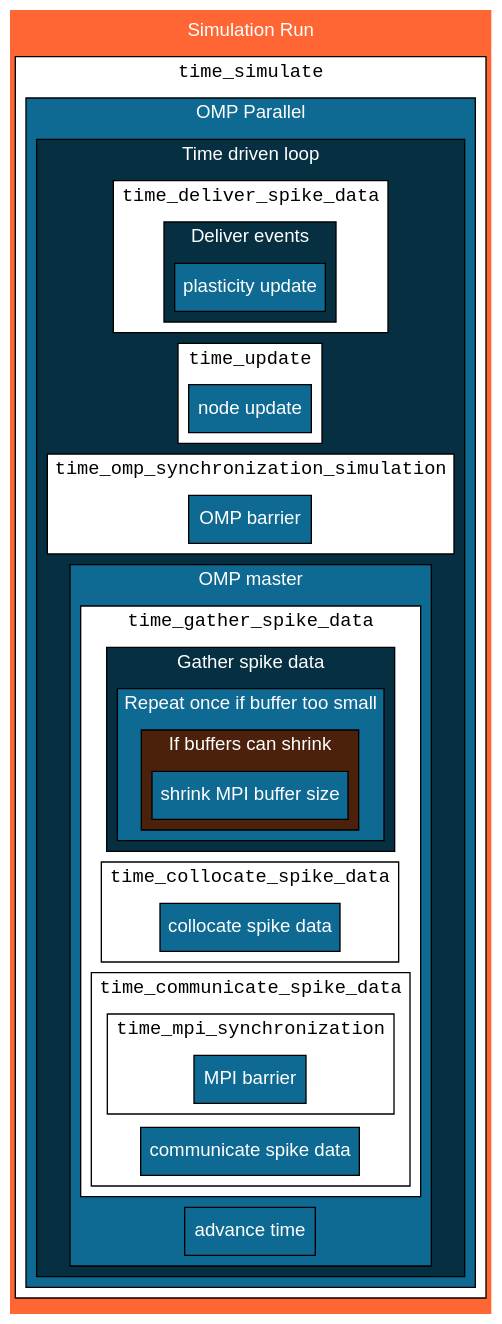
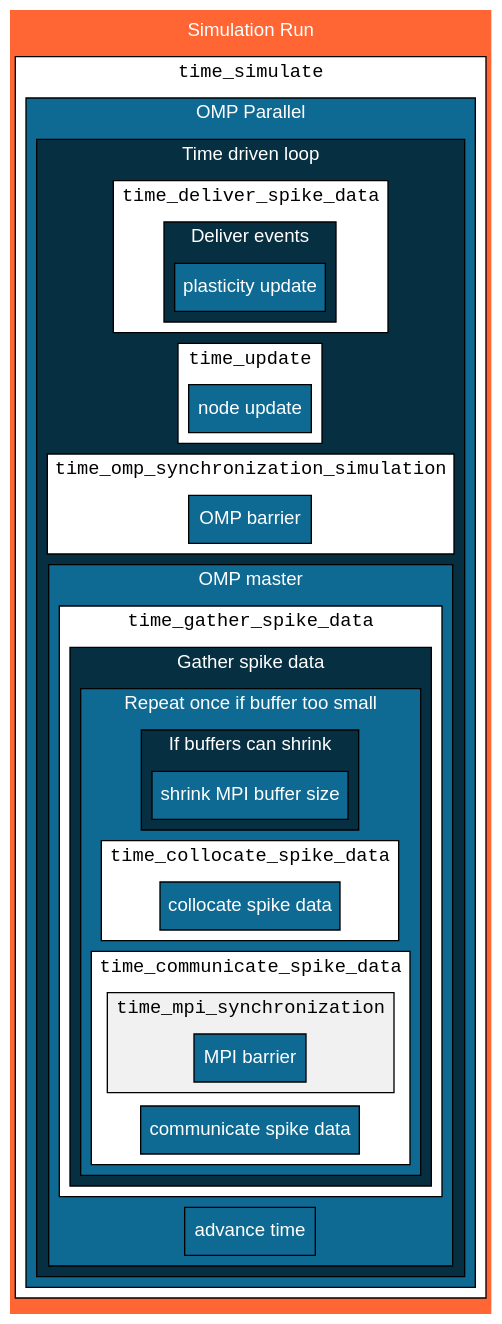
The diagram in doc/htmldoc/simulation_run.dot (nest/nest-simulator), drawn with Graphviz before and after one commit. The commit also changed 2 other files, not shown here.

Commit message:
fix up diagram rm ext

```diff
--- a/doc/htmldoc/simulation_run.dot
+++ b/doc/htmldoc/simulation_run.dot
@@ -1,101 +1,99 @@
  digraph G {
   node [fontname="Helvetica,Arial,sans-serif", shape="box", fontcolor="white", style="filled", fillcolor="#0E6A93"]
   rankdir="LR"
   bgcolor="#ff6633"
   label="Simulation Run"
   labelloc="t"
   fontcolor="white"
   fontname="Helvetica,Arial,sans-serif"
 
 	subgraph cluster_simulate_timer {
 			label="time_simulate"
 			style=filled fontcolor="black" fontname="Courier New, Courier, monospace"
 			fillcolor="white"
       subgraph cluster_OMP_Parallel {
         label="OMP Parallel"
         style=filled
         fillcolor="#0E6A93" fontcolor="white" fontname="Helvetica,Arial,sans-serif"
         subgraph cluster_time_driven_loop {
           label="Time driven loop"
           style=filled
           fillcolor="#072f42"
           subgraph cluster_deliver_spike_data_timer {
             label="time_deliver_spike_data"
             style=filled fontcolor="black" fontname="Courier New, Courier, monospace"
             fillcolor="white"
             subgraph cluster_deliver_events {
               label="Deliver events"
               style=filled fontcolor="white" fontname="Helvetica,Arial,sans-serif"
               fillcolor="#072f42"
               "plasticity update"
             }
           }
           subgraph cluster_update_timer {
             label="time_update"
             style=filled fontcolor="black" fontname="Courier New, Courier, monospace"
             fillcolor="white"
             "node update"
           }
             subgraph cluster_omp_synchronization_timer {
             label="time_omp_synchronization_simulation"
             style=filled fontcolor="black" fontname="Courier New, Courier, monospace"
             fillcolor="white"
             "OMP barrier"
             }
           subgraph cluster_omp_master {
               label="OMP master"
             style=filled fontcolor="white"
             fillcolor="#0E6A93"
             "advance time"
 
           subgraph cluster_gather_spike_data_timer{
                       label= "time_gather_spike_data"
                       style=filled fontcolor="black" fontname="Courier New, Courier, monospace"
                       fillcolor="white"
                       subgraph cluster_gather_spike_Data{
                          label="Gather spike data"
                          style=filled fontcolor="white" fontname="Helvetica, Arial, sans-serif"
                          fillcolor="#072f42"
                          subgraph cluster_repeat_once {
                              label="Repeat once if buffer too small"
                              style=filled#4b210c
                              fillcolor="#0E6A93"
                              subgraph cluster_if_buffers_can_shrink {
                                label="If buffers can shrink"
                                style=filled
-                               fillcolor="#4b210c"
+                               fillcolor="#072f42"
                                "shrink MPI buffer size"
 
                              }
-                          }
-
-                        }
 
 
             subgraph cluster_collocate_spike_data_timer {
                   label="time_collocate_spike_data"
                   style=filled fontcolor="black" fontname="Courier New, Courier, monospace"
                   fillcolor="white"
                   "collocate spike data"
               }
 
             subgraph cluster_communicate_spike_data_timer {
                 label= "time_communicate_spike_data"
                 style=filled fontcolor="black" fontname="Courier New, Courier, monospace"
                 fillcolor="white"
                 "communicate spike data"
                 subgraph cluster_mpi_sync_timer {
                     label= "time_mpi_synchronization"
                     style=filled fontcolor="black" fontname="Courier New, Courier, monospace"
-                    fillcolor="white"
+                    fillcolor="#f1f1f1"
                     "MPI barrier"
 
                 }
+                }
                }
-
+              }
             }
           }
        }
    	}
   }
  }
```
